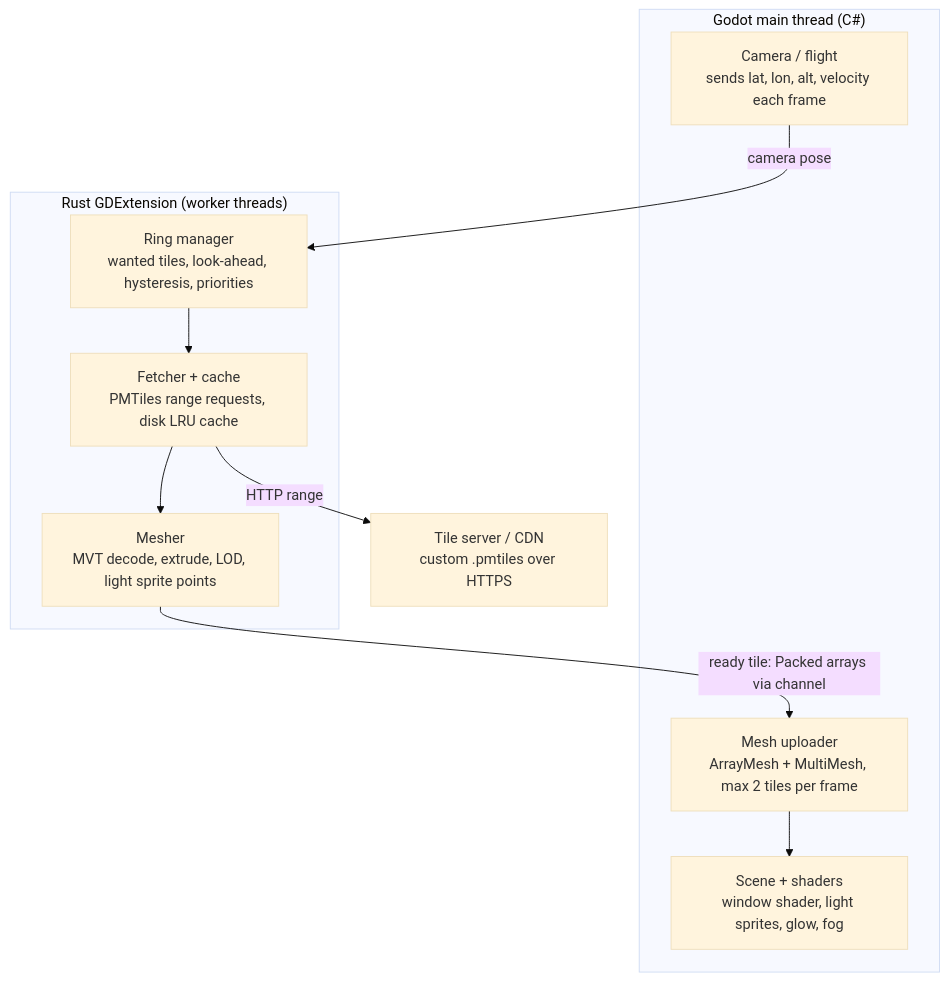
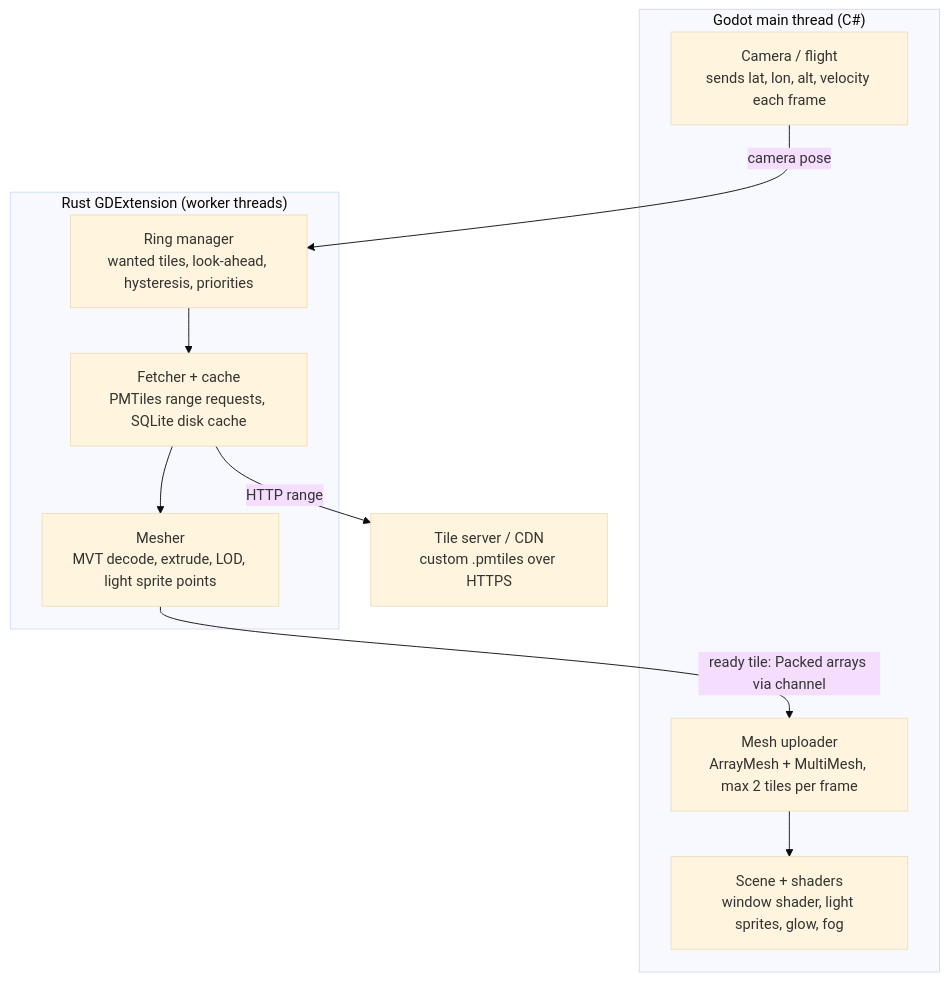
One commit to Symblight/low-poly-map changed the diagram in docs/spike-streamed-osm-city.md. Above: the diagram before and after it, drawn with Mermaid (base theme). The commit also changed other lines of this file and 4 other files, not shown here.

````diff
--- a/docs/spike-streamed-osm-city.md
+++ b/docs/spike-streamed-osm-city.md
@@ -36,19 +36,19 @@
 ```mermaid
 flowchart TB
     subgraph Godot["Godot main thread (C#)"]
         Cam["Camera / flight<br/>sends lat, lon, alt, velocity each frame"]
         Up["Mesh uploader<br/>ArrayMesh + MultiMesh, max 2 tiles per frame"]
         Scene["Scene + shaders<br/>window shader, light sprites, glow, fog"]
         Up --> Scene
     end
     subgraph Rust["Rust GDExtension (worker threads)"]
         Ring["Ring manager<br/>wanted tiles, look-ahead, hysteresis, priorities"]
-        Fetch["Fetcher + cache<br/>PMTiles range requests, disk LRU cache"]
+        Fetch["Fetcher + cache<br/>PMTiles range requests, SQLite disk cache"]
         Mesh["Mesher<br/>MVT decode, extrude, LOD, light sprite points"]
         Ring --> Fetch --> Mesh
     end
     CDN["Tile server / CDN<br/>custom .pmtiles over HTTPS"]
     Cam -- camera pose --> Ring
     Fetch -- HTTP range --> CDN
     Mesh -- "ready tile: Packed arrays via channel" --> Up
 ```
````
